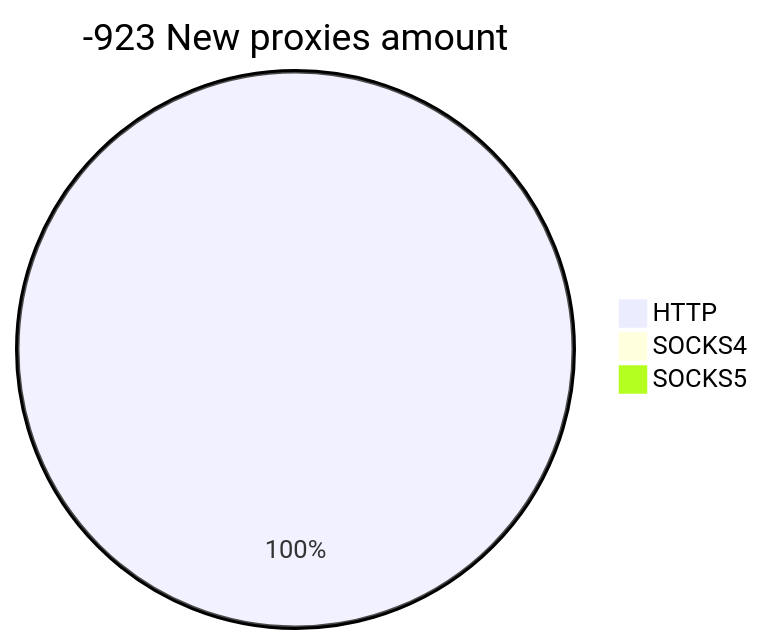
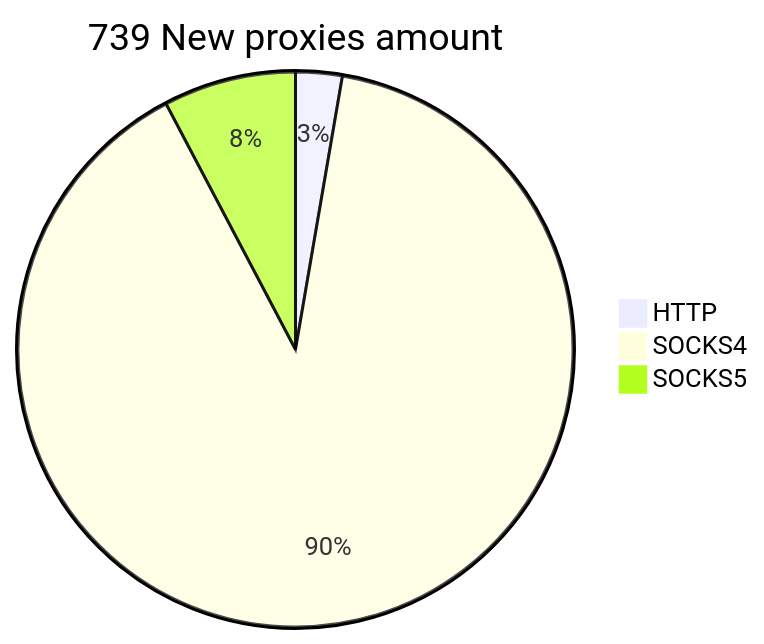
The second of 2 diagrams in README.md (cutipu/proxylist), drawn with Mermaid before and after one commit. The commit also changed other lines of this file, not shown here.

````diff
--- a/README.md
+++ b/README.md
@@ -10,6 +10,6 @@
 ```mermaid
-pie title -923 New proxies amount
-    "HTTP" : 49
-    "SOCKS4" : 0
-    "SOCKS5" : 0
+pie title 739 New proxies amount
+    "HTTP" : 20
+    "SOCKS4" : 662
+    "SOCKS5" : 57
 ```
````
